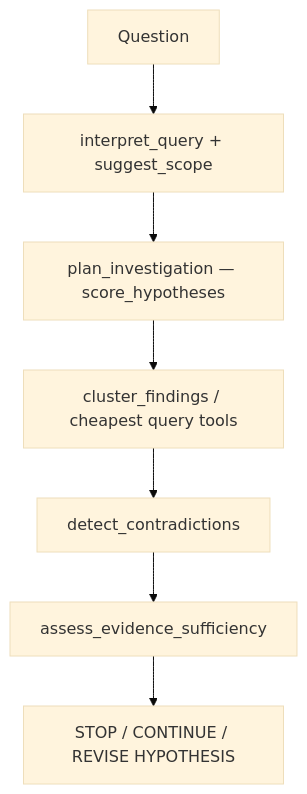
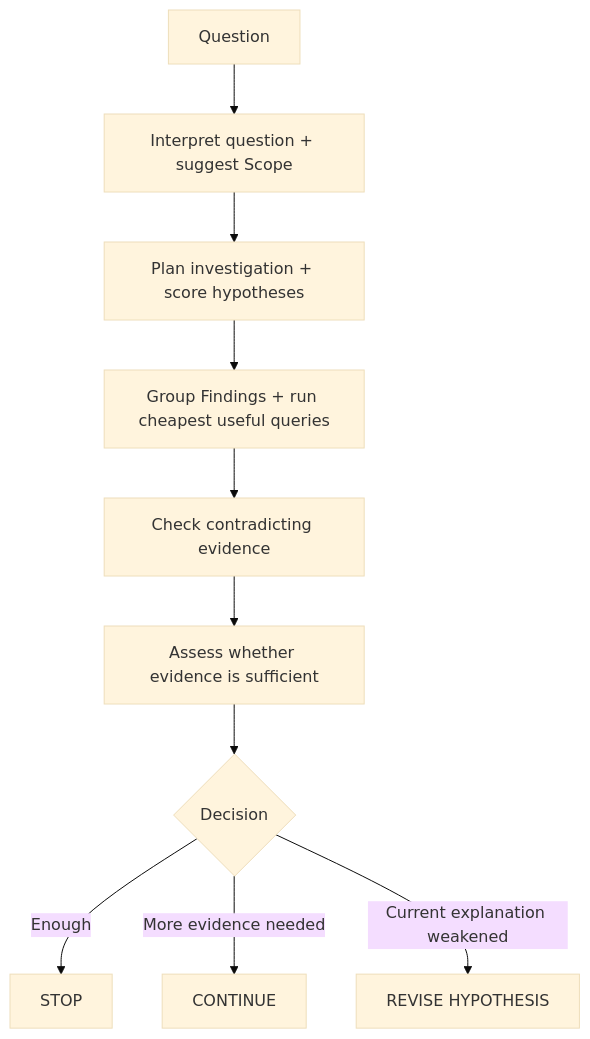
Before and after one commit to kuopinghsu/FreeRTOS-BTF-Trace: the second of 3 diagrams in BTFViewer/AI.md, drawn with Mermaid (base theme). The commit also changed other lines of this file and 22 other files, not shown here.

````diff
--- a/BTFViewer/AI.md
+++ b/BTFViewer/AI.md
@@ -1277,9 +1054,12 @@
 ```mermaid
 flowchart TD
-  q[Question] --> interpret[interpret_query + suggest_scope]
-  interpret --> plan[plan_investigation — score_hypotheses]
-  plan --> cluster[cluster_findings / cheapest query tools]
-  cluster --> contradict[detect_contradictions]
-  contradict --> assess[assess_evidence_sufficiency]
-  assess --> next[STOP / CONTINUE / REVISE HYPOTHESIS]
+  q["Question"] --> interpret["Interpret question + suggest Scope"]
+  interpret --> plan["Plan investigation + score hypotheses"]
+  plan --> cluster["Group Findings + run cheapest useful queries"]
+  cluster --> contradict["Check contradicting evidence"]
+  contradict --> assess["Assess whether evidence is sufficient"]
+  assess --> next{"Decision"}
+  next -->|Enough| stop["STOP"]
+  next -->|More evidence needed| continue["CONTINUE"]
+  next -->|Current explanation weakened| revise["REVISE HYPOTHESIS"]
 ```
````
